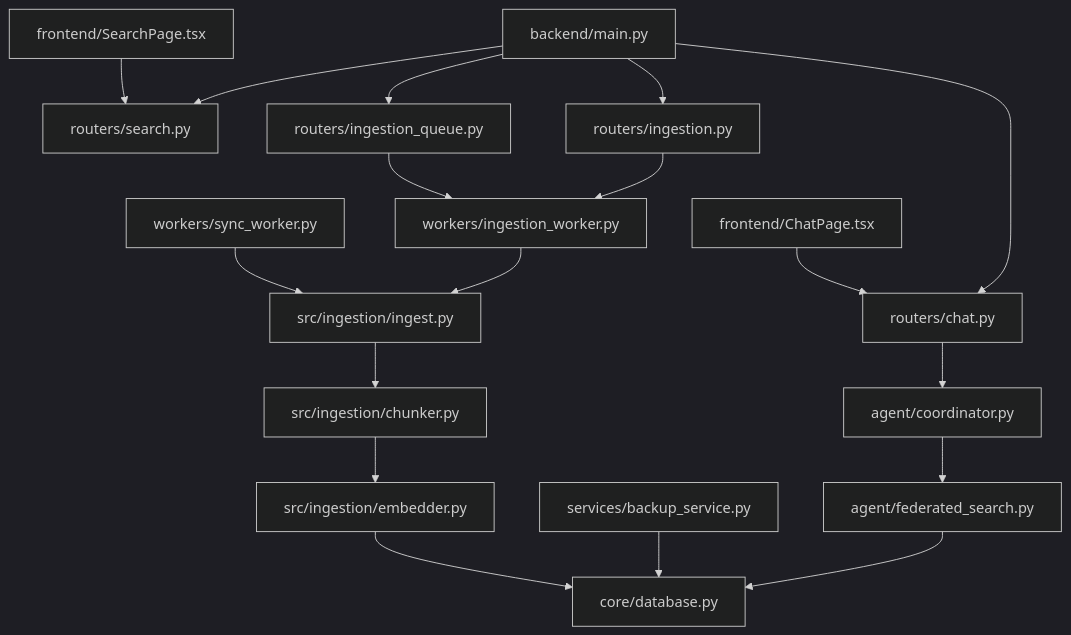
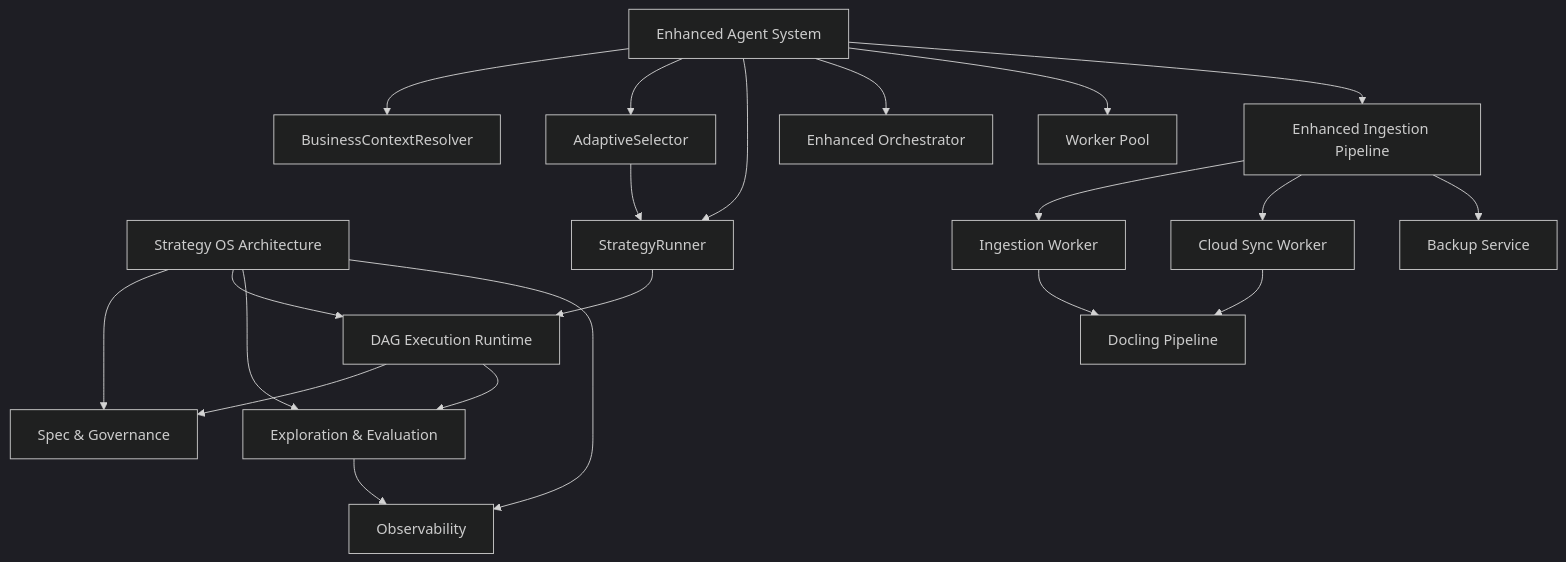
One commit to emanuelplopu/MongoDB-RAG-Agent changed diagram 12 of 12 in .qoder/repowiki/en/content/Core Features/Core Features.md. Above: the diagram before and after it, drawn with Mermaid (dark theme). The commit also changed other lines of this file and 4 other files, not shown here.

First line of the commit message:
Add Strategy OS docs and update API refs

````diff
--- a/.qoder/repowiki/en/content/Core Features/Core Features.md
+++ b/.qoder/repowiki/en/content/Core Features/Core Features.md
@@ -623,20 +756,39 @@
 ```mermaid
 graph TB
-API["backend/main.py"] --> RSearch["routers/search.py"]
-API --> RChat["routers/chat.py"]
-API --> RIngest["routers/ingestion.py"]
-API --> RQueue["routers/ingestion_queue.py"]
-RChat --> Agent["agent/coordinator.py"]
-Agent --> Fed["agent/federated_search.py"]
-Fed --> DB["core/database.py"]
-RIngest --> Worker["workers/ingestion_worker.py"]
-Worker --> Pipeline["src/ingestion/ingest.py"]
-RQueue --> Worker
-SyncWorker["workers/sync_worker.py"] --> Pipeline
-BackupService["services/backup_service.py"] --> DB
-Pipeline --> Chunker["src/ingestion/chunker.py"]
-Chunker --> Embedder["src/ingestion/embedder.py"]
-Embedder --> DB
-UI_Search["frontend/SearchPage.tsx"] --> RSearch
-UI_Chat["frontend/ChatPage.tsx"] --> RChat
+StrategyOS["Strategy OS Architecture"]
+SPEC["Spec & Governance"]
+RUNTIME["DAG Execution Runtime"]
+EXPLORATION["Exploration & Evaluation"]
+OBSERVABILITY["Observability"]
+FEDERATED["Enhanced Agent System"]
+BUSINESSCTX["BusinessContextResolver"]
+SPECSELECTOR["AdaptiveSelector"]
+STRATRUNNER["StrategyRunner"]
+ENHANCEDORCH["Enhanced Orchestrator"]
+WORKERPOOL["Worker Pool"]
+INGESTION["Enhanced Ingestion Pipeline"]
+WORKER["Ingestion Worker"]
+SYNC["Cloud Sync Worker"]
+BACKUP["Backup Service"]
+DOCling["Docling Pipeline"]
+StrategyOS --> SPEC
+StrategyOS --> RUNTIME
+StrategyOS --> EXPLORATION
+StrategyOS --> OBSERVABILITY
+FEDERATED --> BUSINESSCTX
+FEDERATED --> SPECSELECTOR
+FEDERATED --> STRATRUNNER
+FEDERATED --> ENHANCEDORCH
+FEDERATED --> WORKERPOOL
+SPECSELECTOR --> STRATRUNNER
+STRATRUNNER --> RUNTIME
+RUNTIME --> SPEC
+RUNTIME --> EXPLORATION
+EXPLORATION --> OBSERVABILITY
+FEDERATED --> INGESTION
+INGESTION --> WORKER
+INGESTION --> SYNC
+INGESTION --> BACKUP
+WORKER --> DOCling
+SYNC --> DOCling
 ```
````
